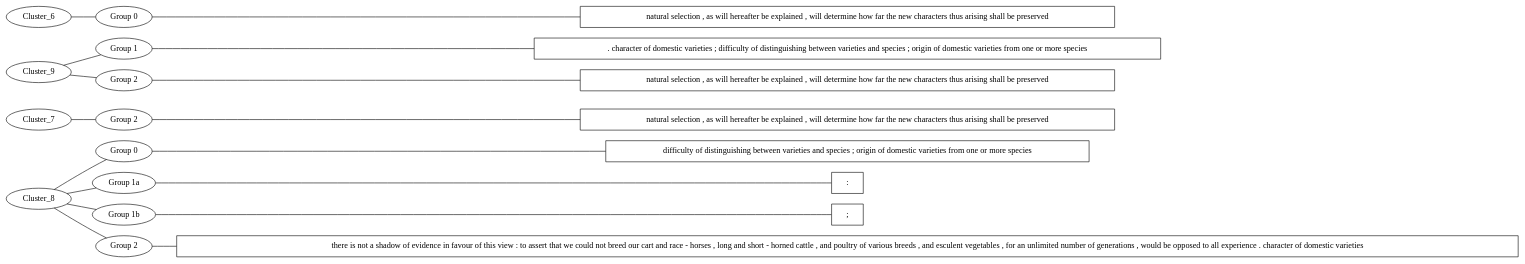
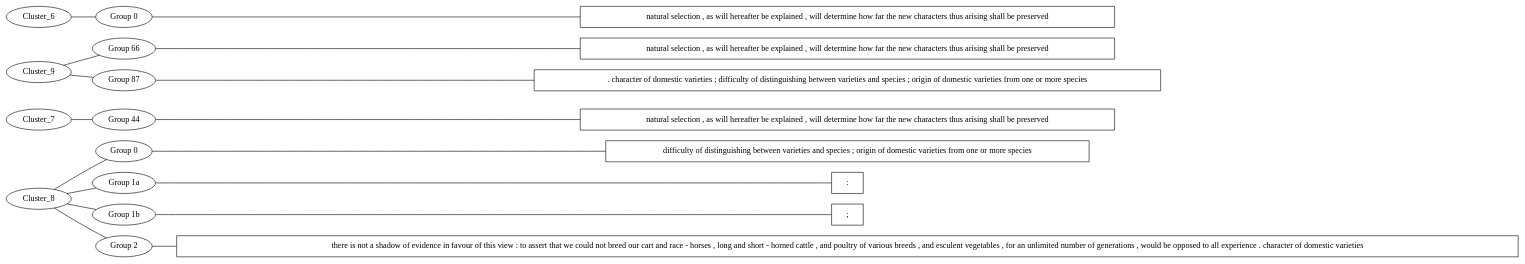
Before and after one commit to djbpitt/scala-graphing-sandbox: the diagram in src/main/outputs/hypergraph.dot, drawn with Graphviz. The commit also changed 2 other files, not shown here.

```diff
--- a/src/main/outputs/hypergraph.dot
+++ b/src/main/outputs/hypergraph.dot
@@ -1,35 +1,35 @@
 graph MyGraph {
 rankdir = LR
 "Cluster_8_2_reading" [shape=box label="there is not a shadow of evidence in favour of this view : to assert that we could not breed our cart and race - horses , long and short - horned cattle , and poultry of various breeds , and esculent vegetables , for an unlimited number of generations , would be opposed to all experience . character of domestic varieties "]
 "Cluster_8_1b_reading" [shape=box label="; "]
 "Cluster_8_1a_reading" [shape=box label=": "]
 "Cluster_8_0_reading" [shape=box label="difficulty of distinguishing between varieties and species ; origin of domestic varieties from one or more species "]
 "Cluster_8_0" [label="Group 0"]
 "Cluster_8_1a" [label="Group 1a"]
 "Cluster_8_1b" [label="Group 1b"]
 "Cluster_8_2" [label="Group 2"]
 "Cluster_8_2" -- "Cluster_8_2_reading"
 "Cluster_8_1b" -- "Cluster_8_1b_reading"
 "Cluster_8_1a" -- "Cluster_8_1a_reading"
 "Cluster_8_0" -- "Cluster_8_0_reading"
 Cluster_8 -- "Cluster_8_2"
 Cluster_8 -- "Cluster_8_1b"
 Cluster_8 -- "Cluster_8_1a"
 Cluster_8 -- "Cluster_8_0"
-"Cluster_7_2_reading" [shape=box label="natural selection , as will hereafter be explained , will determine how far the new characters thus arising shall be preserved "]
-"Cluster_7_2" [label="Group 2"]
-"Cluster_7_2" -- "Cluster_7_2_reading"
-Cluster_7 -- "Cluster_7_2"
-"Cluster_9_2_reading" [shape=box label="natural selection , as will hereafter be explained , will determine how far the new characters thus arising shall be preserved "]
-"Cluster_9_1_reading" [shape=box label=". character of domestic varieties ; difficulty of distinguishing between varieties and species ; origin of domestic varieties from one or more species "]
-"Cluster_9_1" [label="Group 1"]
-"Cluster_9_2" [label="Group 2"]
-"Cluster_9_2" -- "Cluster_9_2_reading"
-"Cluster_9_1" -- "Cluster_9_1_reading"
-Cluster_9 -- "Cluster_9_2"
-Cluster_9 -- "Cluster_9_1"
+"Cluster_7_44_reading" [shape=box label="natural selection , as will hereafter be explained , will determine how far the new characters thus arising shall be preserved "]
+"Cluster_7_44" [label="Group 44"]
+"Cluster_7_44" -- "Cluster_7_44_reading"
+Cluster_7 -- "Cluster_7_44"
+"Cluster_9_87_reading" [shape=box label=". character of domestic varieties ; difficulty of distinguishing between varieties and species ; origin of domestic varieties from one or more species "]
+"Cluster_9_66_reading" [shape=box label="natural selection , as will hereafter be explained , will determine how far the new characters thus arising shall be preserved "]
+"Cluster_9_66" [label="Group 66"]
+"Cluster_9_87" [label="Group 87"]
+"Cluster_9_87" -- "Cluster_9_87_reading"
+"Cluster_9_66" -- "Cluster_9_66_reading"
+Cluster_9 -- "Cluster_9_87"
+Cluster_9 -- "Cluster_9_66"
 "Cluster_6_0_reading" [shape=box label="natural selection , as will hereafter be explained , will determine how far the new characters thus arising shall be preserved "]
 "Cluster_6_0" [label="Group 0"]
 "Cluster_6_0" -- "Cluster_6_0_reading"
 Cluster_6 -- "Cluster_6_0"
 }
```
